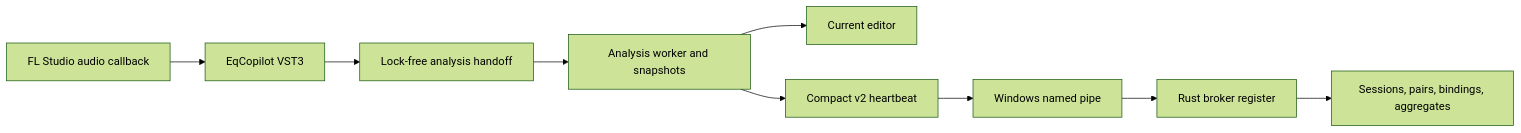
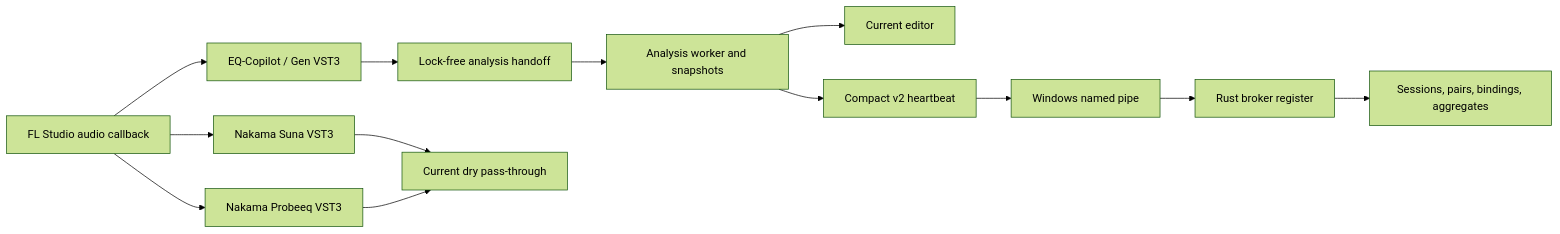
The diagram in openwiki/quickstart.md (evenacadia-tech/Nakama), drawn with Mermaid (forest theme) before and after one commit. The commit also changed other lines of this file and 19 other files, not shown here.

````diff
--- a/openwiki/quickstart.md
+++ b/openwiki/quickstart.md
@@ -74,11 +80,15 @@
 ```mermaid
 flowchart LR
-    Host[FL Studio audio callback] --> Plugin[EqCopilot VST3]
-    Plugin --> FIFO[Lock-free analysis handoff]
+    Host[FL Studio audio callback] --> Gen[EQ-Copilot / Gen VST3]
+    Host --> Suna[Nakama Suna VST3]
+    Host --> Probeeq[Nakama Probeeq VST3]
+    Gen --> FIFO[Lock-free analysis handoff]
     FIFO --> Analysis[Analysis worker and snapshots]
     Analysis --> Editor[Current editor]
     Analysis --> Client[Compact v2 heartbeat]
     Client --> Pipe[Windows named pipe]
     Pipe --> Broker[Rust broker register]
     Broker --> Sessions[Sessions, pairs, bindings, aggregates]
+    Suna --> Dry[Current dry pass-through]
+    Probeeq --> Dry
 ```
````
